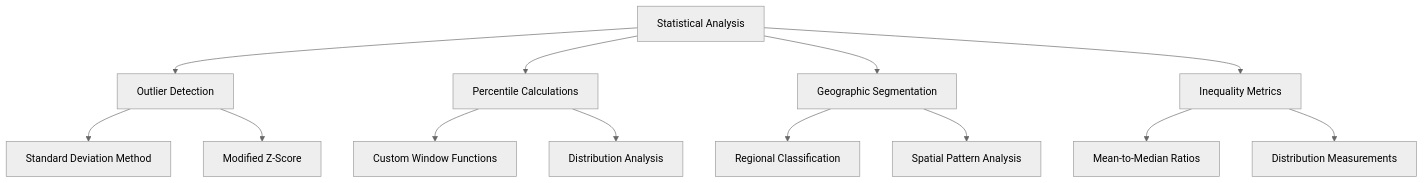
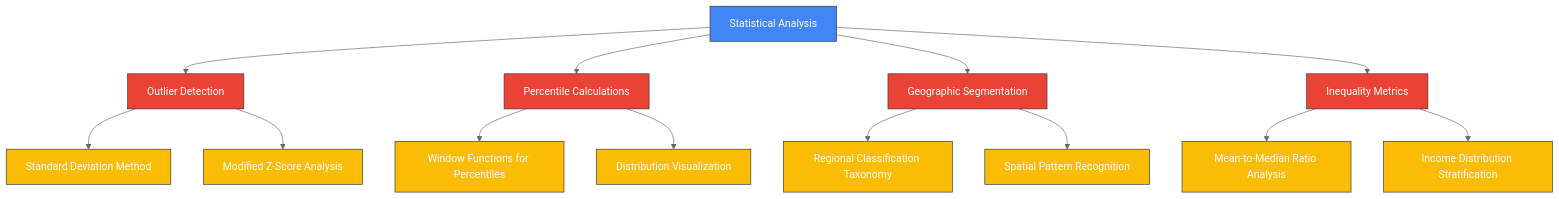
One commit to tzolkowski96/tzolkowski96 changed the third of 10 diagrams in us-household-income-analysis/README.md. Above: the diagram before and after it, drawn with Mermaid (neutral theme). The commit also changed other lines of this file, not shown here.

````diff
--- a/us-household-income-analysis/README.md
+++ b/us-household-income-analysis/README.md
@@ -154,19 +172,28 @@
 ```mermaid
-flowchart TD
+graph TD
     A[Statistical Analysis] --> B[Outlier Detection]
     A --> C[Percentile Calculations]
     A --> D[Geographic Segmentation]
     A --> E[Inequality Metrics]
     
     B --> B1[Standard Deviation Method]
-    B --> B2[Modified Z-Score]
+    B --> B2[Modified Z-Score Analysis]
     
-    C --> C1[Custom Window Functions]
-    C --> C2[Distribution Analysis]
+    C --> C1[Window Functions for Percentiles]
+    C --> C2[Distribution Visualization]
     
-    D --> D1[Regional Classification]
-    D --> D2[Spatial Pattern Analysis]
+    D --> D1[Regional Classification Taxonomy]
+    D --> D2[Spatial Pattern Recognition]
     
-    E --> E1[Mean-to-Median Ratios]
-    E --> E2[Distribution Measurements]
+    E --> E1[Mean-to-Median Ratio Analysis]
+    E --> E2[Income Distribution Stratification]
+    
+    classDef primary fill:#4285F4,stroke:#333,stroke-width:1px,color:#fff;
+    classDef secondary fill:#EA4335,stroke:#333,stroke-width:1px,color:#fff;
+    classDef tertiary fill:#FBBC05,stroke:#333,stroke-width:1px,color:#fff;
+    classDef quaternary fill:#34A853,stroke:#333,stroke-width:1px,color:#fff;
+    
+    class A primary;
+    class B,C,D,E secondary;
+    class B1,B2,C1,C2,D1,D2,E1,E2 tertiary;
 ```
````
